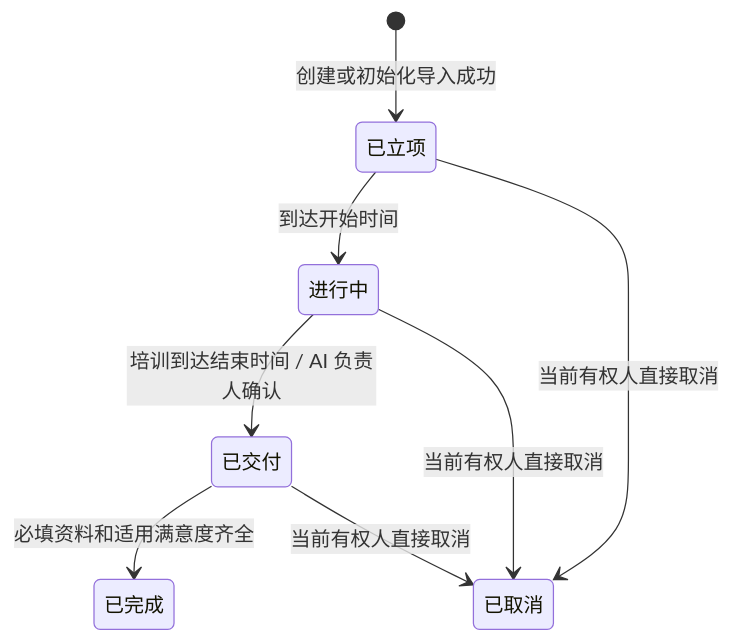
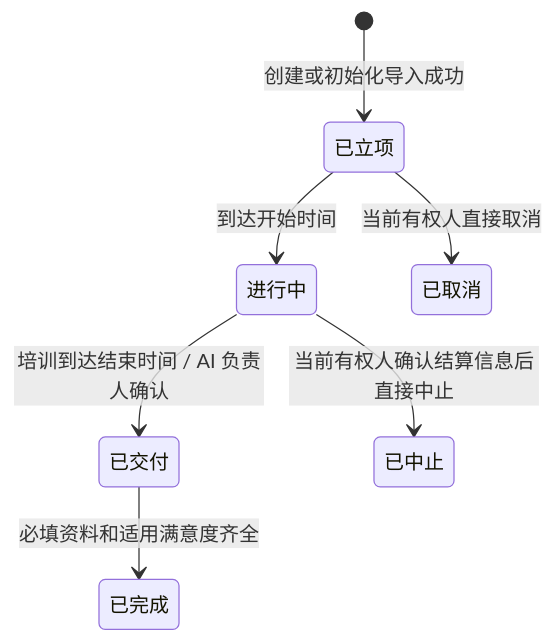
The second of 3 diagrams in prd-workspace/current/shared/04-core-objects-and-states.md (Joker-1030/Yingjia-Internal-Management-System), drawn with Mermaid before and after one commit. The commit also changed other lines of this file and 33 other files, not shown here.

````diff
--- a/prd-workspace/current/shared/04-core-objects-and-states.md
+++ b/prd-workspace/current/shared/04-core-objects-and-states.md
@@ -67,10 +67,9 @@
 ```mermaid
 stateDiagram-v2
     [*] --> 已立项: 创建或初始化导入成功
     已立项 --> 进行中: 到达开始时间
     进行中 --> 已交付: 培训到达结束时间 / AI 负责人确认
     已交付 --> 已完成: 必填资料和适用满意度齐全
     已立项 --> 已取消: 当前有权人直接取消
-    进行中 --> 已取消: 当前有权人直接取消
-    已交付 --> 已取消: 当前有权人直接取消
+    进行中 --> 已中止: 当前有权人确认结算信息后直接中止
 ```
````
